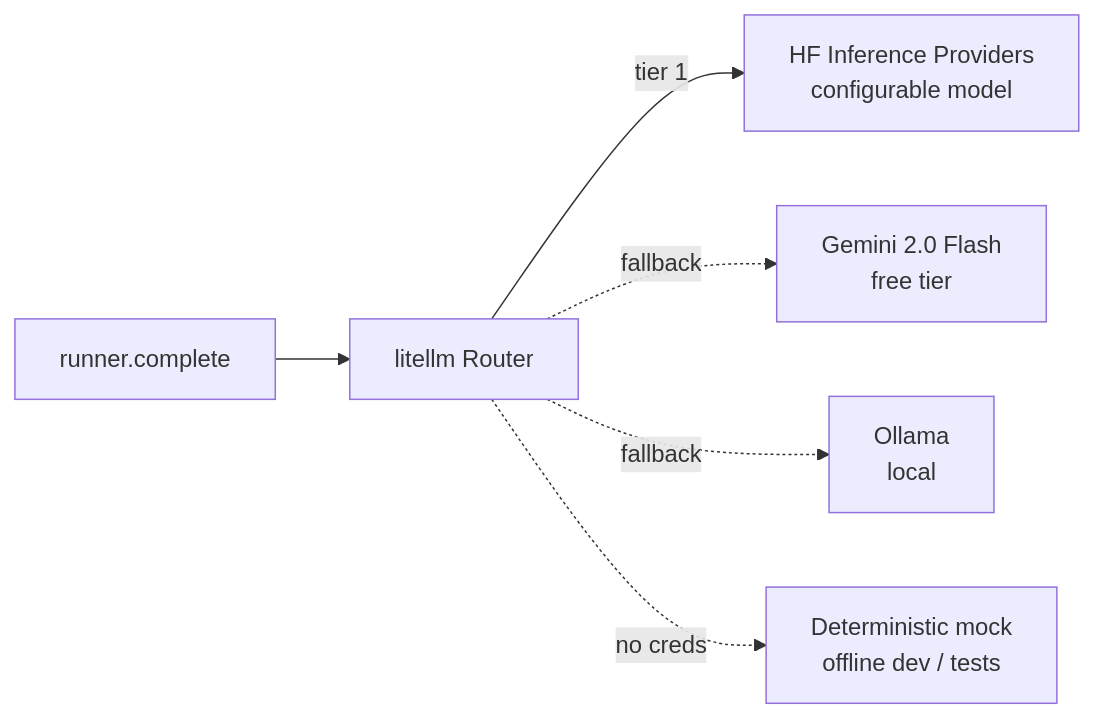
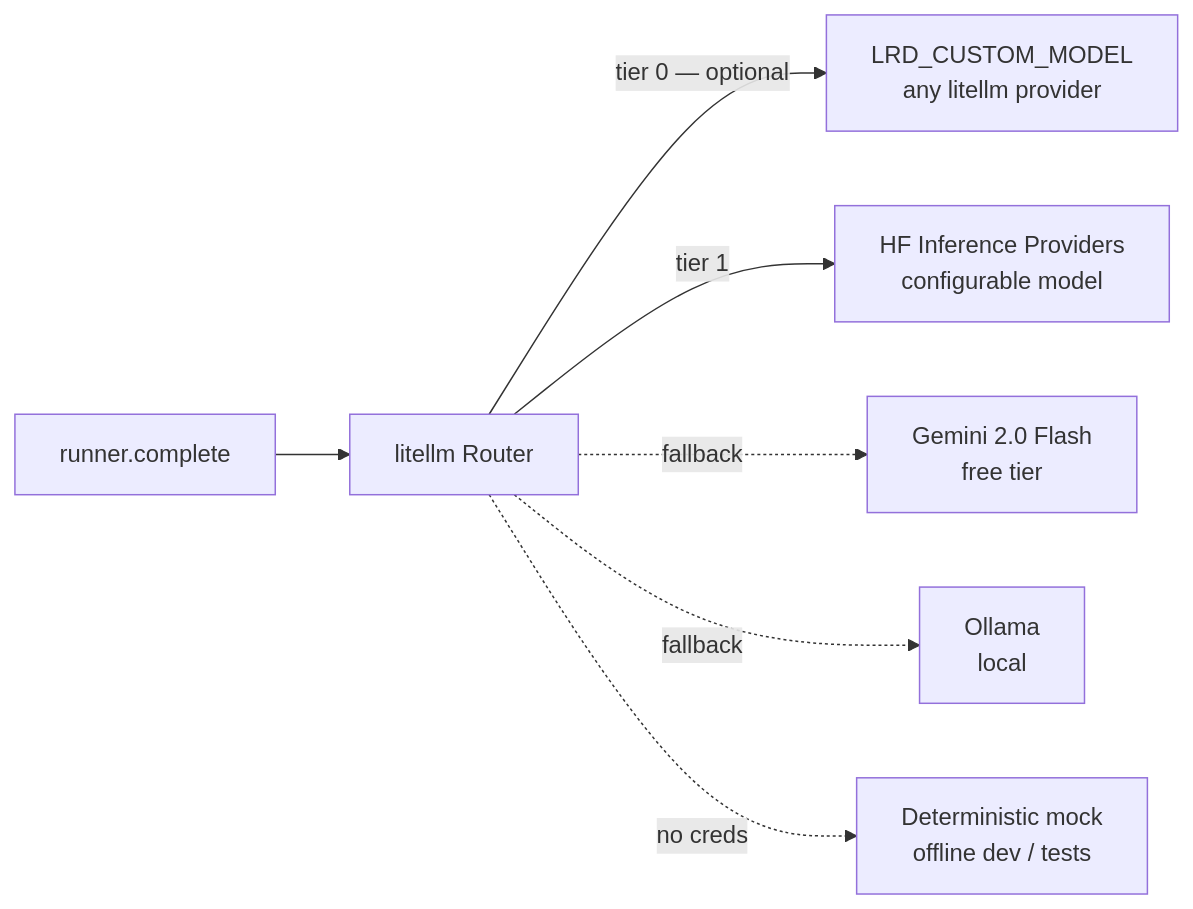
The second of 3 diagrams in docs/architecture.md (adel-saoud/llm-regression-detector), drawn with Mermaid before and after one commit. The commit also changed other lines of this file and 11 other files, not shown here.

````diff
--- a/docs/architecture.md
+++ b/docs/architecture.md
@@ -32,8 +32,9 @@
 ```mermaid
 flowchart LR
     Call[runner.complete] --> Router[litellm Router]
+    Router -->|tier 0 — optional| Cust[LRD_CUSTOM_MODEL<br/>any litellm provider]
     Router -->|tier 1| HF[HF Inference Providers<br/>configurable model]
     Router -.->|fallback| Gem[Gemini 2.0 Flash<br/>free tier]
     Router -.->|fallback| Oll[Ollama<br/>local]
     Router -.->|no creds| Mock[Deterministic mock<br/>offline dev / tests]
 ```
````
